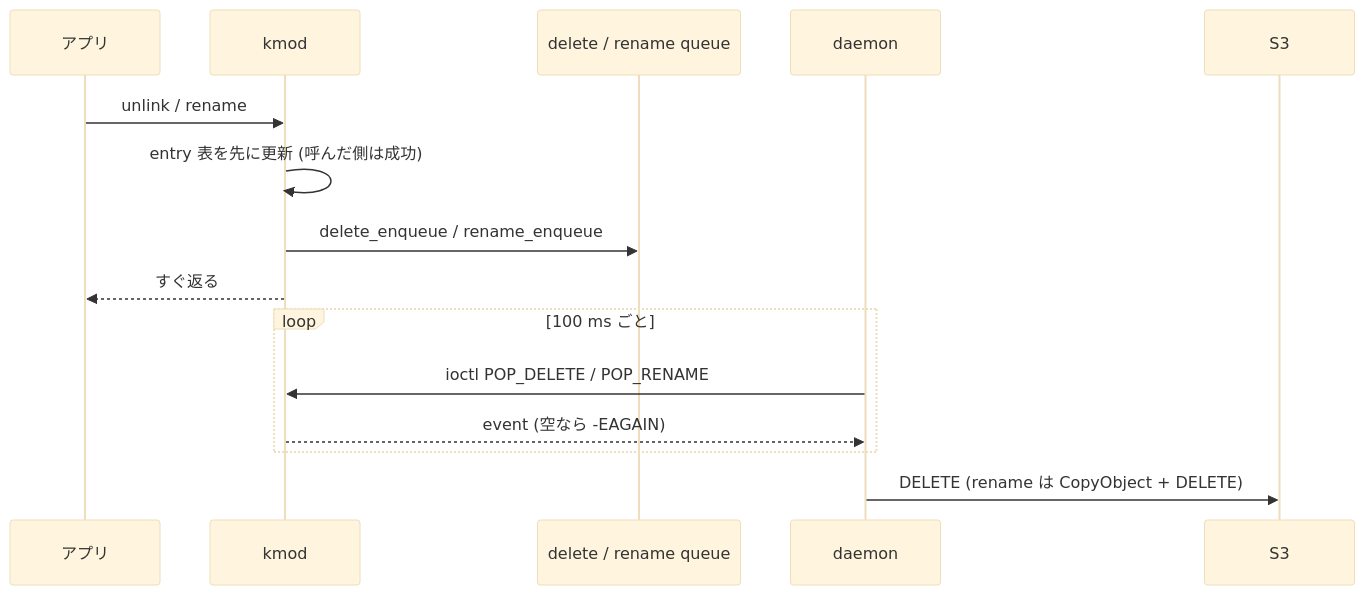
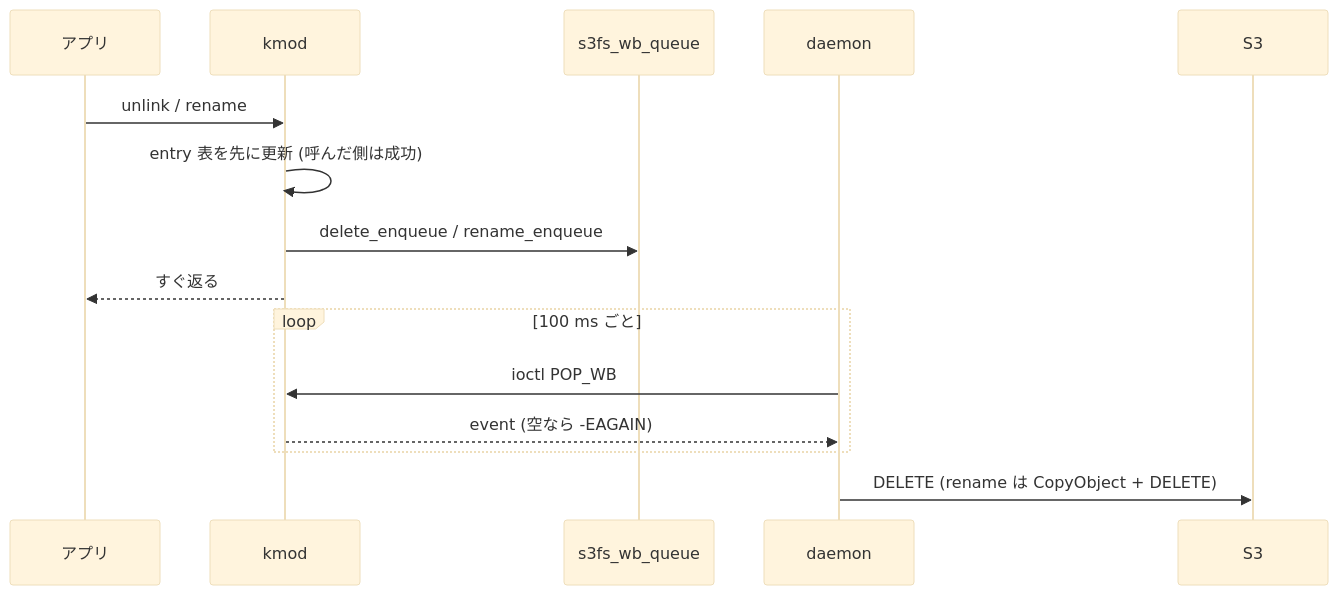
One commit to masu-mi/s3fs-ebpf changed the fourth of 5 diagrams in docs/design/daemon-kmod-messaging.md. Above: the diagram before and after it, drawn with Mermaid (base theme). The commit also changed other lines of this file and 23 other files, not shown here.

First line of the commit message:
v2 Phase 4 (part): flush / delete / rename share one write-back FIFO (POP_WB); kmod -> daemon queues 5 -> 3

````diff
--- a/docs/design/daemon-kmod-messaging.md
+++ b/docs/design/daemon-kmod-messaging.md
@@ -220,17 +217,17 @@
 ```mermaid
 sequenceDiagram
     participant App as アプリ
     participant K as kmod
-    participant Q as delete / rename queue
+    participant Q as s3fs_wb_queue
     participant D as daemon
     participant S3 as S3
     App->>K: unlink / rename
     K->>K: entry 表を先に更新 (呼んだ側は成功)
     K->>Q: delete_enqueue / rename_enqueue
     K-->>App: すぐ返る
     loop 100 ms ごと
-        D->>K: ioctl POP_DELETE / POP_RENAME
+        D->>K: ioctl POP_WB
         K-->>D: event (空なら -EAGAIN)
     end
     D->>S3: DELETE (rename は CopyObject + DELETE)
 ```
````
